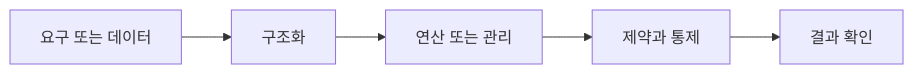
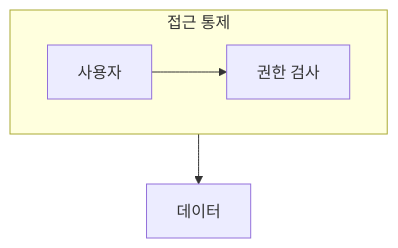
Before and after one commit to umyunsang/edu: the diagram in ComputerScience/05_software-engineering/database-systems/notes/11. 보안과 권한 관리.md, drawn with Mermaid. The commit also changed other lines of this file and 15 other files, not shown here.

````diff
--- a/ComputerScience/05_software-engineering/database-systems/notes/11. 보안과 권한 관리.md
+++ b/ComputerScience/05_software-engineering/database-systems/notes/11. 보안과 권한 관리.md
@@ -24,7 +21,8 @@
 ```mermaid
-flowchart LR
-    A["요구 또는 데이터"] --> B["구조화"]
-    B --> C["연산 또는 관리"]
-    C --> D["제약과 통제"]
-    D --> E["결과 확인"]
+flowchart TB
+    subgraph Security["접근 통제"]
+        direction LR
+        A[사용자] --> B[권한 검사]
+    end
+    Security --> C[데이터]
 ```
````
